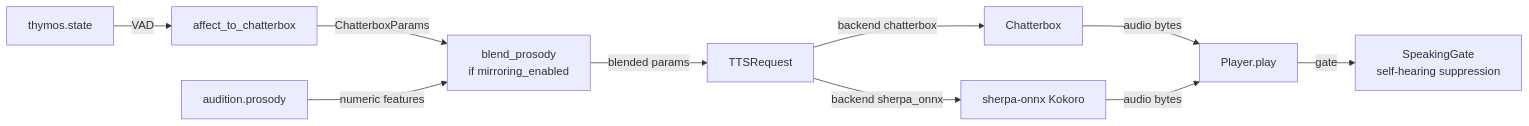
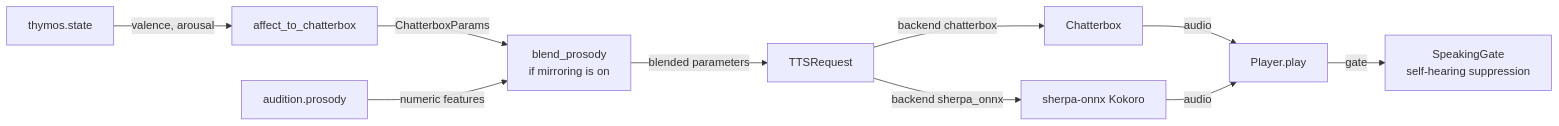
The diagram in docs/09-modules/vox.md (kaineone/kaine), drawn with Mermaid before and after one commit. The commit also changed other lines of this file and 72 other files, not shown here.

````diff
--- a/docs/09-modules/vox.md
+++ b/docs/09-modules/vox.md
@@ -151,12 +139,12 @@
 ```mermaid
 flowchart LR
-    TS[thymos.state] -->|VAD| AM[affect_to_chatterbox]
-    AM -->|ChatterboxParams| BP[blend_prosody\nif mirroring_enabled]
+    TS[thymos.state] -->|valence, arousal| AM[affect_to_chatterbox]
+    AM -->|ChatterboxParams| BP[blend_prosody\nif mirroring is on]
     AP[audition.prosody] -->|numeric features| BP
-    BP -->|blended params| REQ[TTSRequest]
+    BP -->|blended parameters| REQ[TTSRequest]
     REQ -->|backend chatterbox| CB[Chatterbox]
     REQ -->|backend sherpa_onnx| SK[sherpa-onnx Kokoro]
-    CB -->|audio bytes| PL[Player.play]
-    SK -->|audio bytes| PL
+    CB -->|audio| PL[Player.play]
+    SK -->|audio| PL
     PL -->|gate| SG[SpeakingGate\nself-hearing suppression]
 ```
````
